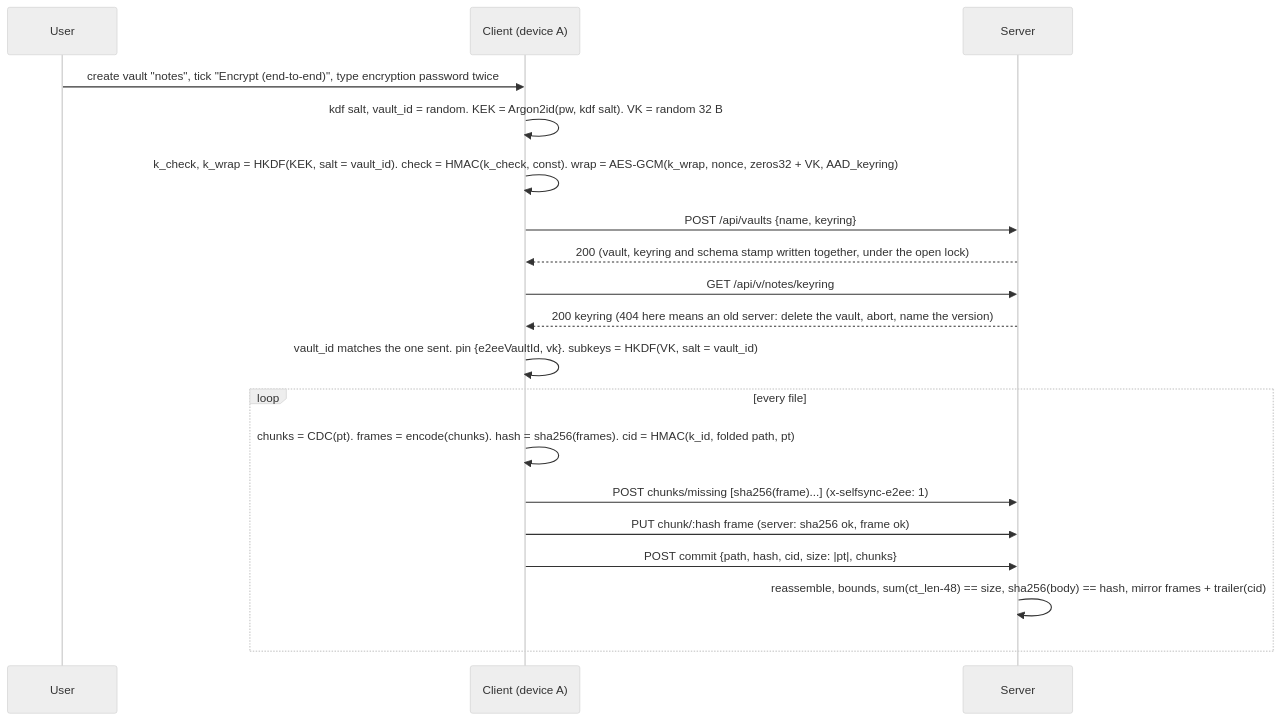
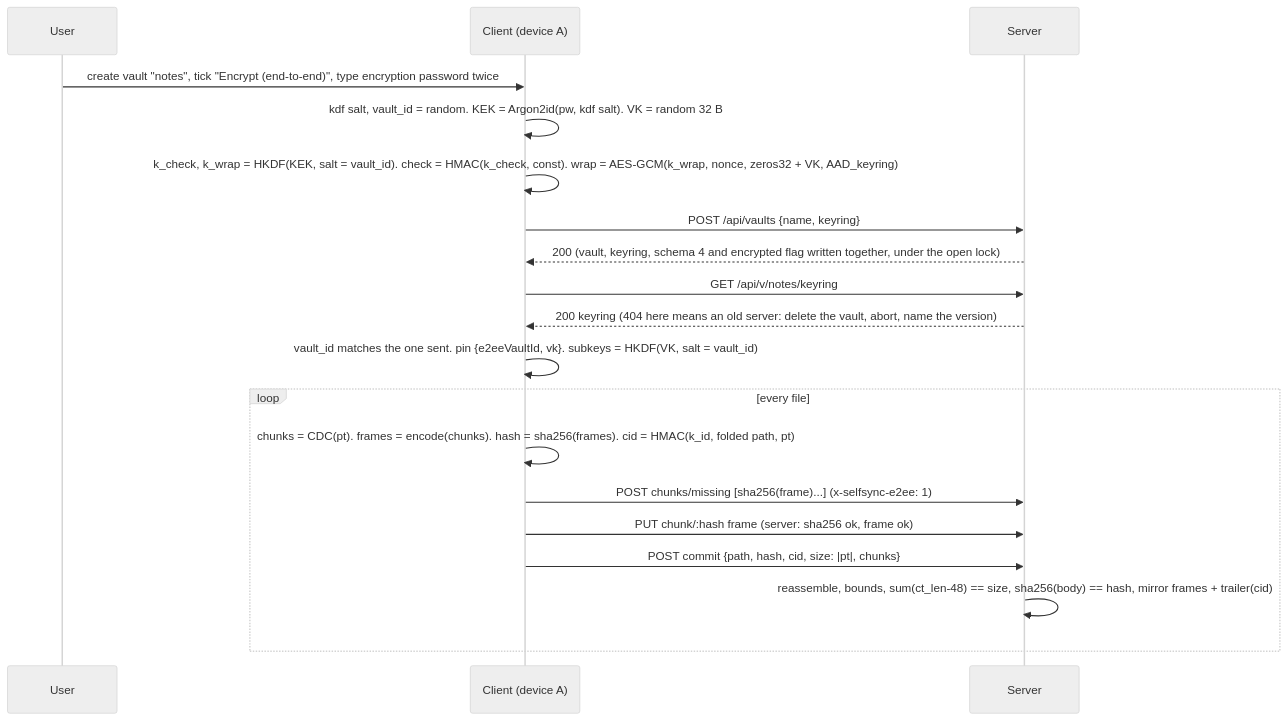
The second of 4 diagrams in docs/design/specs/2026-11-10-e2ee-design.md (williamweatherholtz/obsidian-selfsync), drawn with Mermaid (neutral theme) before and after one commit. The commit also changed other lines of this file and 15 other files, not shown here.

````diff
--- a/docs/design/specs/2026-11-10-e2ee-design.md
+++ b/docs/design/specs/2026-11-10-e2ee-design.md
@@ -421,21 +452,21 @@
 ```mermaid
 sequenceDiagram
     participant U as User
     participant C as Client (device A)
     participant S as Server
     U->>C: create vault "notes", tick "Encrypt (end-to-end)", type encryption password twice
     C->>C: kdf salt, vault_id = random. KEK = Argon2id(pw, kdf salt). VK = random 32 B
     C->>C: k_check, k_wrap = HKDF(KEK, salt = vault_id). check = HMAC(k_check, const). wrap = AES-GCM(k_wrap, nonce, zeros32 + VK, AAD_keyring)
     C->>S: POST /api/vaults {name, keyring}
-    S-->>C: 200 (vault, keyring and schema stamp written together, under the open lock)
+    S-->>C: 200 (vault, keyring, schema 4 and encrypted flag written together, under the open lock)
     C->>S: GET /api/v/notes/keyring
     S-->>C: 200 keyring (404 here means an old server: delete the vault, abort, name the version)
     C->>C: vault_id matches the one sent. pin {e2eeVaultId, vk}. subkeys = HKDF(VK, salt = vault_id)
     loop every file
         C->>C: chunks = CDC(pt). frames = encode(chunks). hash = sha256(frames). cid = HMAC(k_id, folded path, pt)
         C->>S: POST chunks/missing [sha256(frame)...]   (x-selfsync-e2ee: 1)
         C->>S: PUT chunk/:hash frame  (server: sha256 ok, frame ok)
         C->>S: POST commit {path, hash, cid, size: |pt|, chunks}
         S->>S: reassemble, bounds, sum(ct_len-48) == size, sha256(body) == hash, mirror frames + trailer(cid)
     end
 ```
````
